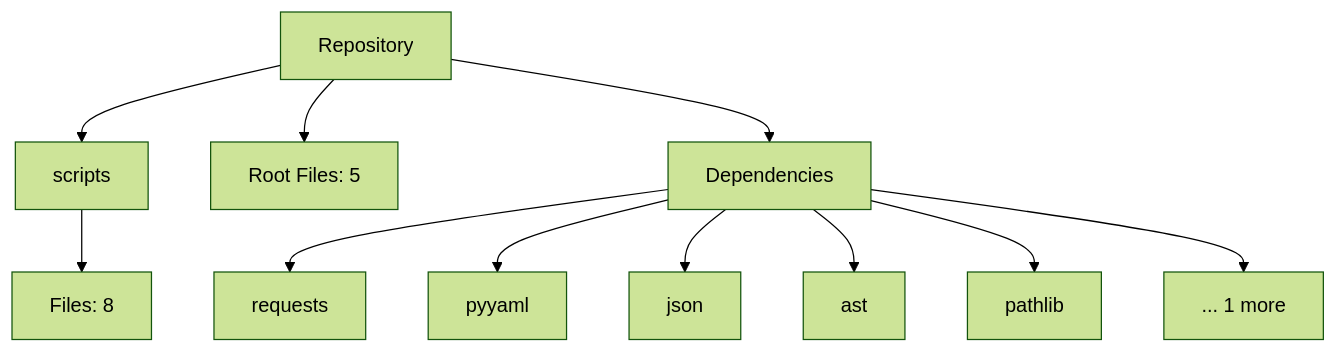
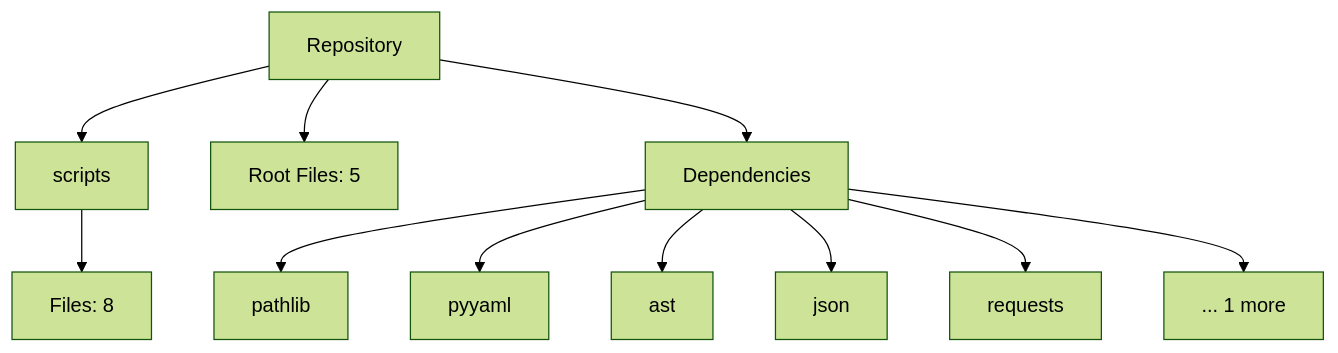
The diagram in README.md (NITISH-R-G/Smart-Task-Tracker-macOS-Dark-Edition-), drawn with Mermaid (forest theme) before and after one commit. The commit also changed other lines of this file and 4 other files, not shown here.

Commit message:
docs(auto): Automatically update repository architecture and README

````diff
--- a/README.md
+++ b/README.md
@@ -17,15 +17,15 @@
 ```mermaid
 graph TD
     Root[Repository]
     Root --> scripts[scripts]
     scripts --> scripts_files[Files: 8]
     Root --> Root_files[Root Files: 5]
     Root --> Deps[Dependencies]
+    Deps --> pathlib[pathlib]
+    Deps --> pyyaml[pyyaml]
+    Deps --> ast[ast]
+    Deps --> json[json]
     Deps --> requests[requests]
-    Deps --> pyyaml[pyyaml]
-    Deps --> json[json]
-    Deps --> ast[ast]
-    Deps --> pathlib[pathlib]
     Deps --> MoreDeps[... 1 more]
 
 ```
````
